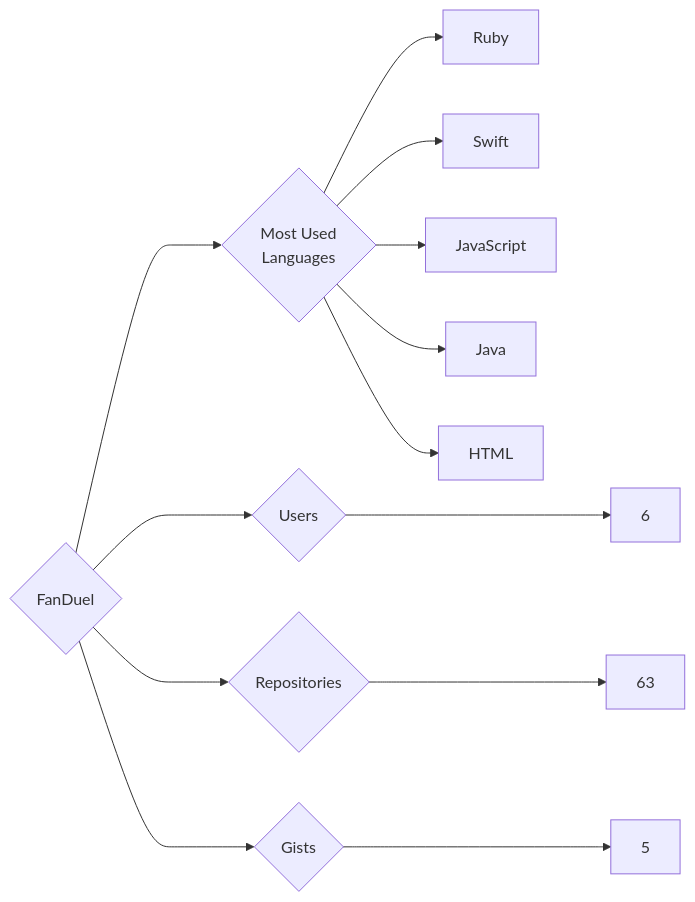
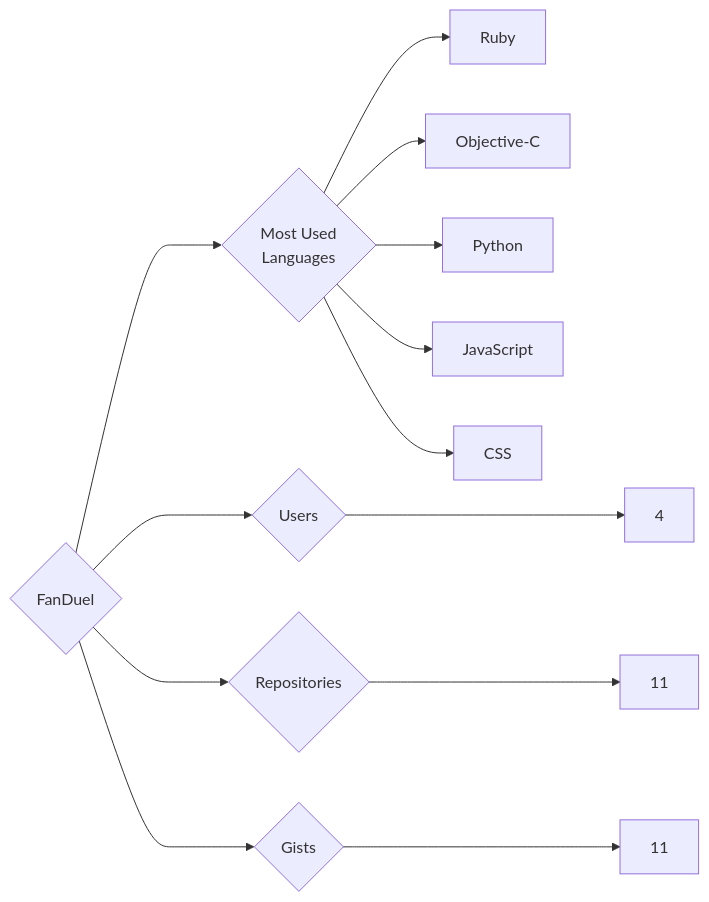
Before and after one commit to trickest/insiders: the diagram in targets/FanDuel/README.md, drawn with Mermaid. The commit also changed 611 other files, not shown here.

````diff
--- a/targets/FanDuel/README.md
+++ b/targets/FanDuel/README.md
@@ -3,13 +3,13 @@
 ```mermaid
 graph LR
 COMPANY_NAME{FanDuel}
-COMPANY_NAME ---> U{Users} ---> UN[6]
-COMPANY_NAME ---> R{Repositories} ---> RN[63]
-COMPANY_NAME ---> G{Gists} ---> GN[5]
+COMPANY_NAME ---> U{Users} ---> UN[4]
+COMPANY_NAME ---> R{Repositories} ---> RN[11]
+COMPANY_NAME ---> G{Gists} ---> GN[11]
 COMPANY_NAME ---> ML{Most Used<br>Languages}
 ML --> Ruby[Ruby]
-ML --> Swift[Swift]
+ML --> Objective-C[Objective-C]
+ML --> Python[Python]
 ML --> JavaScript[JavaScript]
-ML --> Java[Java]
-ML --> HTML[HTML]
+ML --> CSS[CSS]
 ```
````
